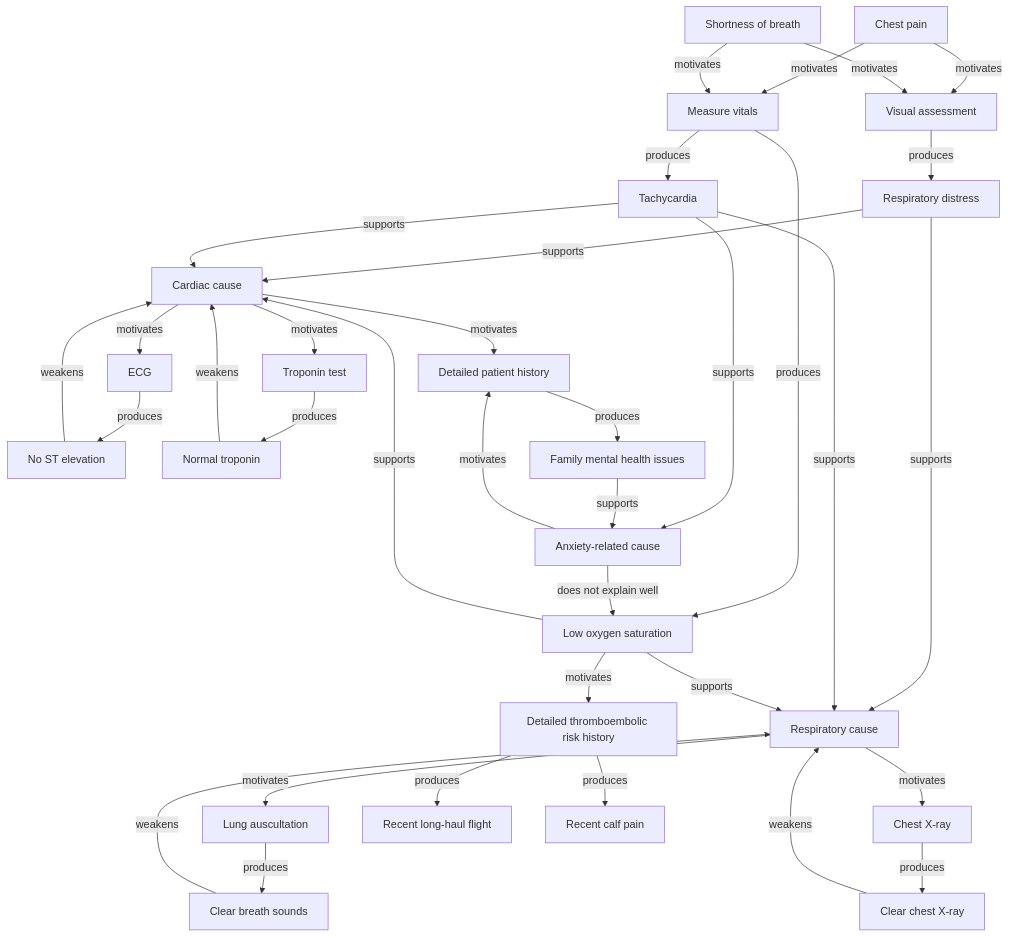
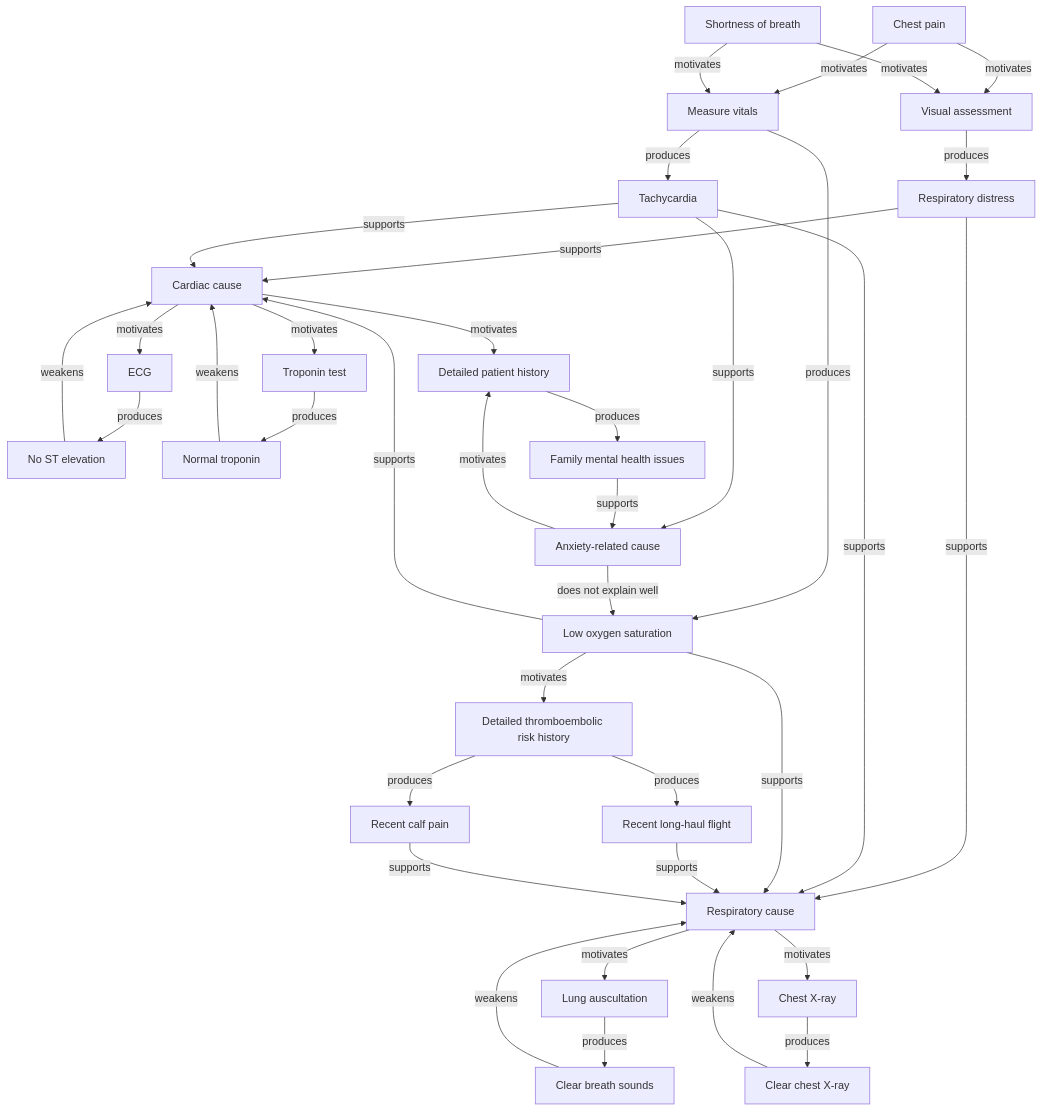
Before and after one commit to kahunacohen/why: the diagram in diagrams/medical.mmd, drawn with Mermaid. The commit also changed other lines of this file, not shown here.

```diff
--- a/diagrams/medical.mmd
+++ b/diagrams/medical.mmd
@@ -1,115 +1,118 @@
 flowchart TD
 
 %% =====================================================
 %% Initial presentation
 %% =====================================================
 
 C1["Chest pain"]
 C2["Shortness of breath"]
 
 %% =====================================================
 %% Initial investigation
 %% =====================================================
 
 A1["Visual assessment"]
 A2["Measure vitals"]
 
 C1 -->|motivates| A1
 C2 -->|motivates| A1
 
 C1 -->|motivates| A2
 C2 -->|motivates| A2
 
 %% =====================================================
 %% Initial observations
 %% =====================================================
 
 O1["Respiratory distress"]
 O2["Tachycardia"]
 O3["Low oxygen saturation"]
 
 A1 -->|produces| O1
 
 A2 -->|produces| O2
 A2 -->|produces| O3
 
 %% =====================================================
 %% Initial hypotheses
 %% =====================================================
 
 H1["Respiratory cause"]
 H2["Cardiac cause"]
 H3["Anxiety-related cause"]
 
 O1 -->|supports| H1
 O1 -->|supports| H2
 
 O2 -->|supports| H1
 O2 -->|supports| H2
 O2 -->|supports| H3
 
 O3 -->|supports| H1
 O3 -->|supports| H2
 
 %% =====================================================
 %% Follow-up actions motivated by hypotheses
 %% =====================================================
 
 A3["ECG"]
 A4["Troponin test"]
 
 A5["Lung auscultation"]
 A6["Chest X-ray"]
 
 A7["Detailed patient history"]
 
 H2 -->|motivates| A3
 H2 -->|motivates| A4
 
 H1 -->|motivates| A5
 H1 -->|motivates| A6
 
 H2 -->|motivates| A7
 H3 -->|motivates| A7
 
 %% =====================================================
 %% Follow-up observations
 %% =====================================================
 
 O4["No ST elevation"]
 O6["Normal troponin"]
 
 O7["Clear chest X-ray"]
 O8["Clear breath sounds"]
 
 O5["Family mental health issues"]
 
 A3 -->|produces| O4
 A4 -->|produces| O6
 
 A6 -->|produces| O7
 A5 -->|produces| O8
 
 A7 -->|produces| O5
 
 %% =====================================================
 %% Evidence updates hypotheses
 %% =====================================================
 
 O4 -->|weakens| H2
 O6 -->|weakens| H2
 
 O7 -->|weakens| H1
 O8 -->|weakens| H1
 
 O5 -->|supports| H3
 
 A8["Detailed thromboembolic risk history"]
 
 H3 -->|does not explain well| O3
 O3 -->|motivates| A8
 
 O9["Recent long-haul flight"]
 O10["Recent calf pain"]
 A8 -->|produces| O9
 A8 -->|produces| O10
+
+O9 --> |supports| H1
+O10 --> |supports| H1
```
